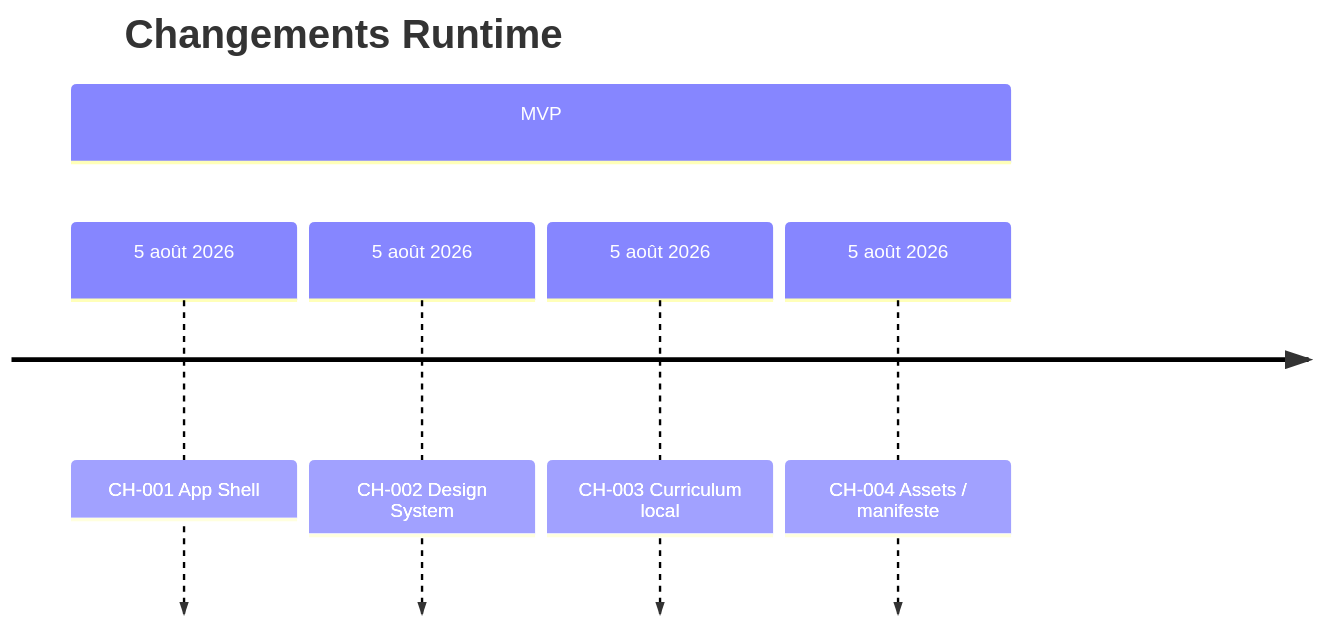
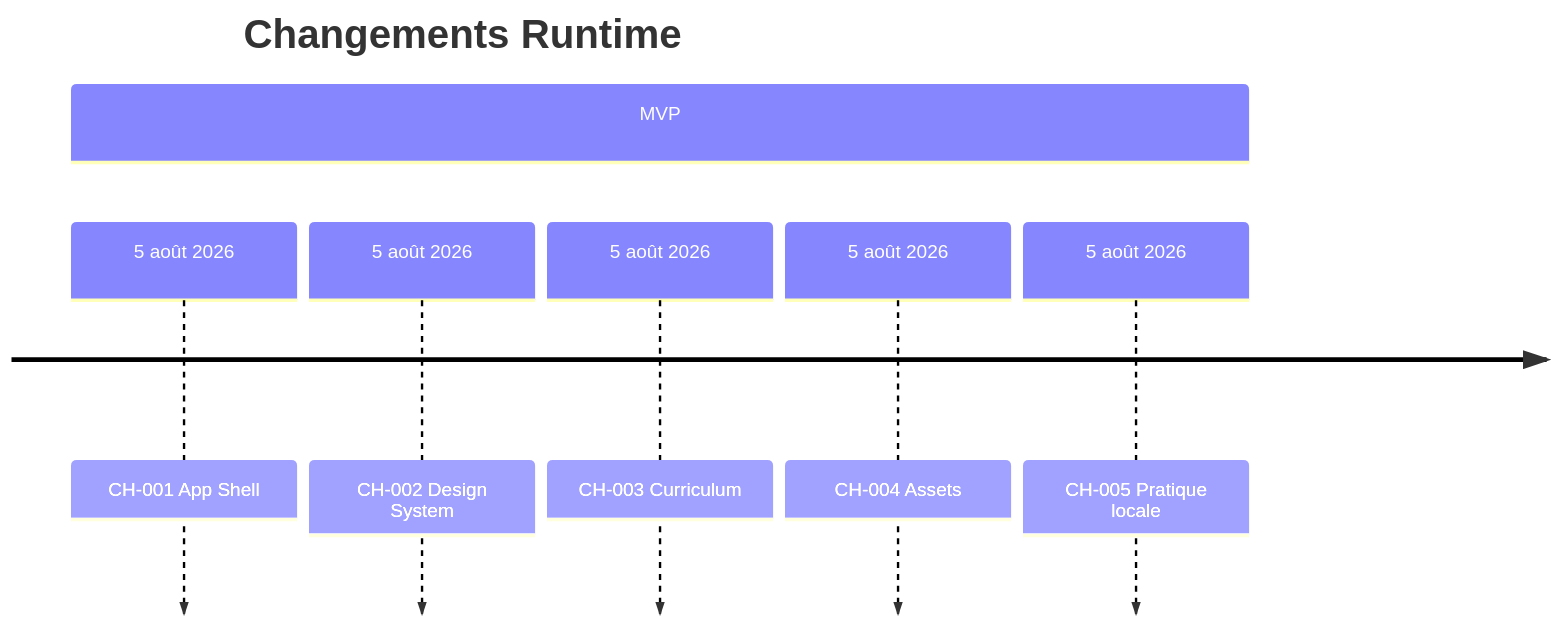
The first of 2 diagrams in docs/runtime/17_CHANGE_HISTORY.md (JavaChrist/Tai-Chi-AI-Coach), drawn with Mermaid before and after one commit. The commit also changed other lines of this file and 18 other files, not shown here.

First line of the commit message:
feat(practice): add local guided session flow (MVP-005)

````diff
--- a/docs/runtime/17_CHANGE_HISTORY.md
+++ b/docs/runtime/17_CHANGE_HISTORY.md
@@ -54,9 +42,10 @@
 ```mermaid
 timeline
   title Changements Runtime
   section MVP
     5 août 2026 : CH-001 App Shell
     5 août 2026 : CH-002 Design System
-    5 août 2026 : CH-003 Curriculum local
-    5 août 2026 : CH-004 Assets / manifeste
+    5 août 2026 : CH-003 Curriculum
+    5 août 2026 : CH-004 Assets
+    5 août 2026 : CH-005 Pratique locale
 ```
````
